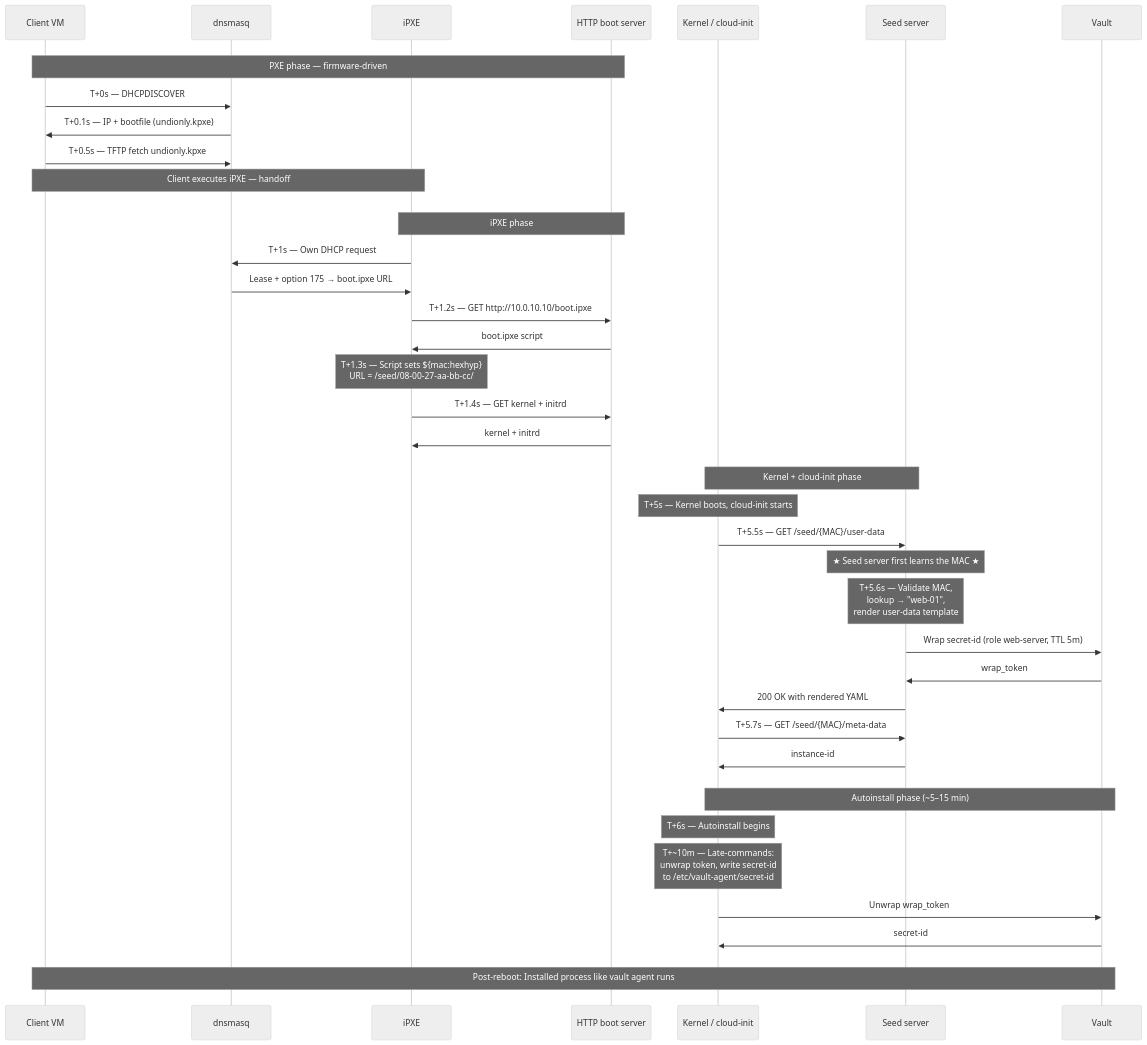
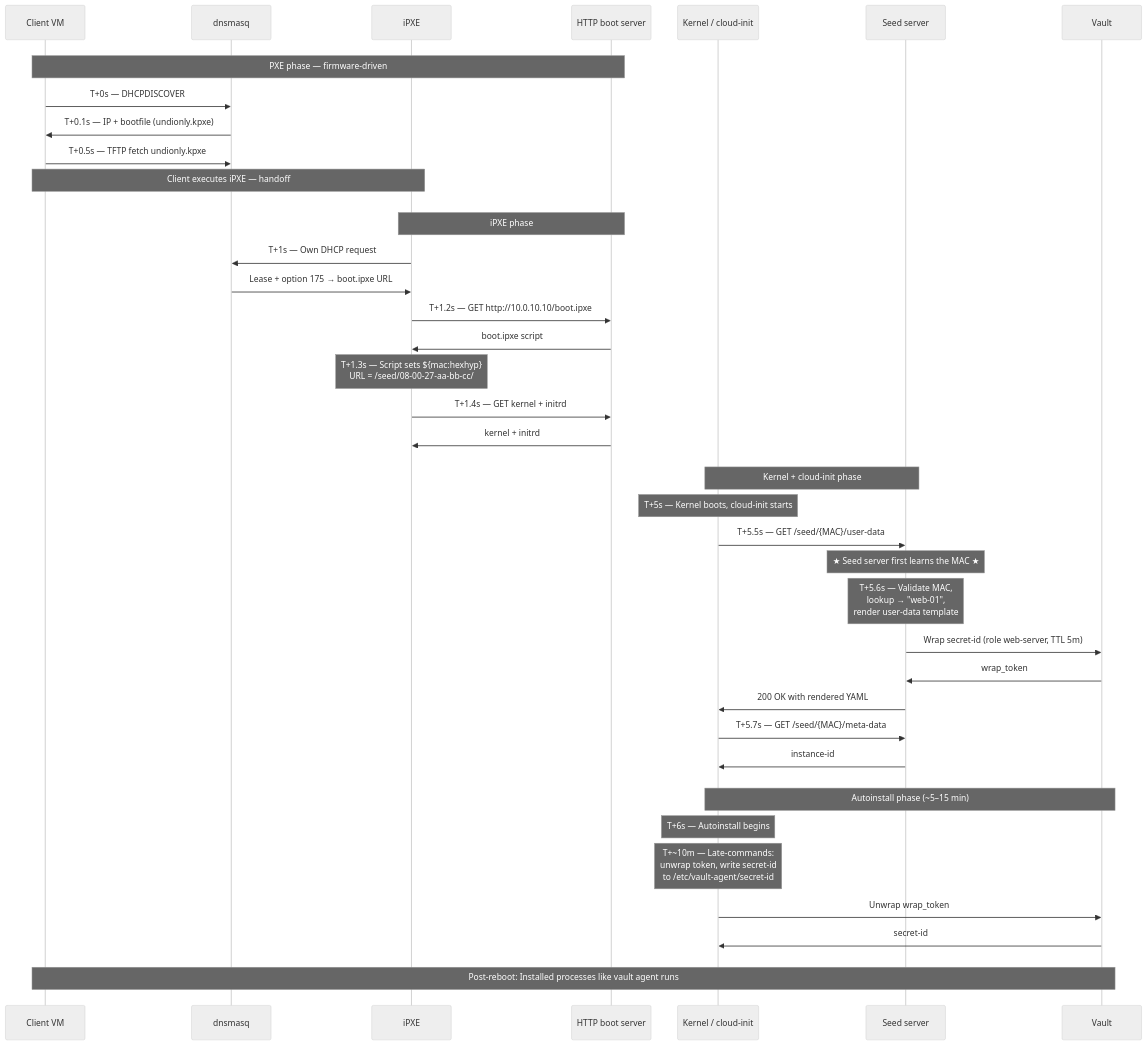
The diagram in cloud-init/RENDERING.md (prometejs/cf-mesh-cloud-init), drawn with Mermaid (neutral theme) before and after one commit.

Commit message:
grammar fix

````diff
--- a/cloud-init/RENDERING.md
+++ b/cloud-init/RENDERING.md
@@ -17,54 +17,54 @@
 ```mermaid
 sequenceDiagram
     participant C as Client VM
     participant D as dnsmasq
     participant I as iPXE
     participant H as HTTP boot server
     participant K as Kernel / cloud-init
     participant S as Seed server
     participant V as Vault
 
     rect rgb(0,0,0,0)
         Note over C,H: PXE phase — firmware-driven
         C->>D: T+0s — DHCPDISCOVER
         D->>C: T+0.1s — IP + bootfile (undionly.kpxe)
         C->>D: T+0.5s — TFTP fetch undionly.kpxe
         Note over C,I: Client executes iPXE — handoff
     end
 
     rect rgb(0,0,0,0)
         Note over I,H: iPXE phase
         I->>D: T+1s — Own DHCP request
         D->>I: Lease + option 175 → boot.ipxe URL
         I->>H: T+1.2s — GET http://10.0.10.10/boot.ipxe
         H->>I: boot.ipxe script
         Note over I: T+1.3s — Script sets ${mac:hexhyp}<br/>URL = /seed/08-00-27-aa-bb-cc/
         I->>H: T+1.4s — GET kernel + initrd
         H->>I: kernel + initrd
     end
 
     rect rgb(0,0,0,0)
         Note over K,S: Kernel + cloud-init phase
         Note over K: T+5s — Kernel boots, cloud-init starts
         K->>S: T+5.5s — GET /seed/{MAC}/user-data
         Note over S: ★ Seed server first learns the MAC ★
         Note over S: T+5.6s — Validate MAC,<br/>lookup → "web-01",<br/>render user-data template
         S->>V: Wrap secret-id (role web-server, TTL 5m)
         V->>S: wrap_token
         S->>K: 200 OK with rendered YAML
         K->>S: T+5.7s — GET /seed/{MAC}/meta-data
         S->>K: instance-id
     end
 
     rect rgb(0,0,0,0)
         Note over K,V: Autoinstall phase (~5–15 min)
         Note over K: T+6s — Autoinstall begins
         Note over K: T+~10m — Late-commands:<br/>unwrap token, write secret-id<br/>to /etc/vault-agent/secret-id
         K->>V: Unwrap wrap_token
         V->>K: secret-id
     end
 
     rect rgb(0,0,0,0)
-        Note over C,V: Post-reboot: Installed process like vault agent runs
+        Note over C,V: Post-reboot: Installed processes like vault agent runs
     end
 ```
````
